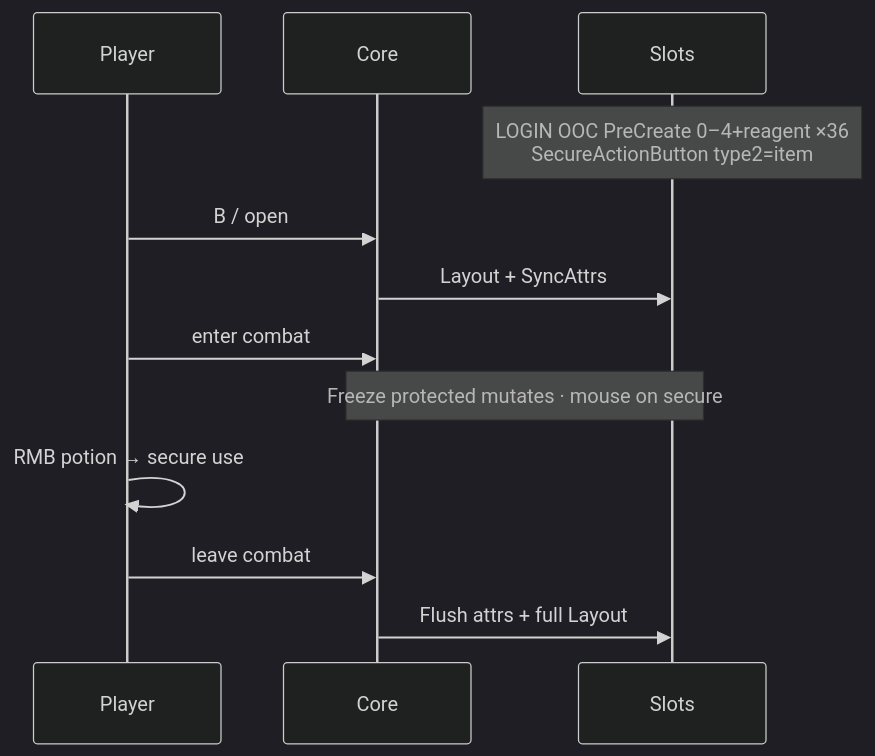
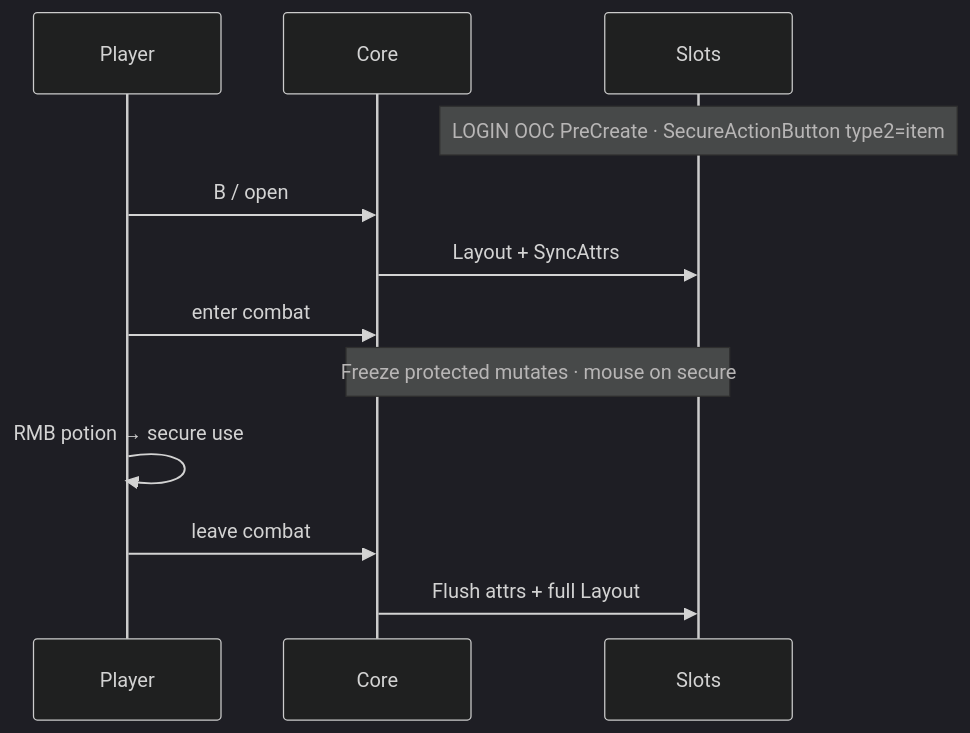
The third of 6 diagrams in addons/BetterBackpack/Docs/loops.md (sirTurbisCZ/wow-forever-addons), drawn with Mermaid (dark theme) before and after one commit. The commit also changed other lines of this file and 8 other files, not shown here.

````diff
--- a/addons/BetterBackpack/Docs/loops.md
+++ b/addons/BetterBackpack/Docs/loops.md
@@ -106,15 +61,15 @@
 ```mermaid
 sequenceDiagram
   participant P as Player
   participant C as Core
   participant S as Slots
 
-  Note over S: LOGIN OOC PreCreate 0–4+reagent ×36<br/>SecureActionButton type2=item
+  Note over S: LOGIN OOC PreCreate · SecureActionButton type2=item
   P->>C: B / open
   C->>S: Layout + SyncAttrs
   P->>C: enter combat
   Note over C,S: Freeze protected mutates · mouse on secure
   P->>P: RMB potion → secure use
   P->>C: leave combat
   C->>S: Flush attrs + full Layout
 ```
````
